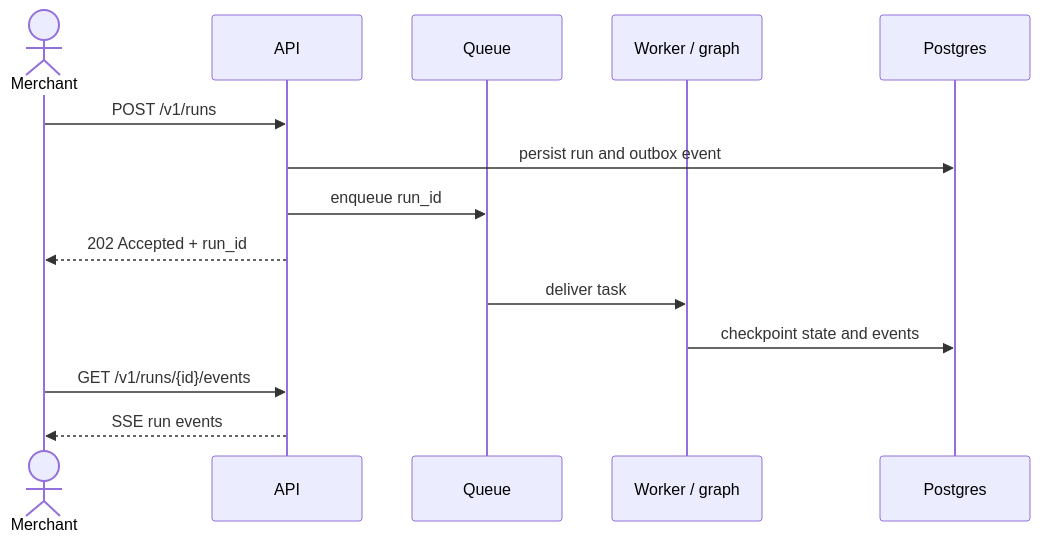
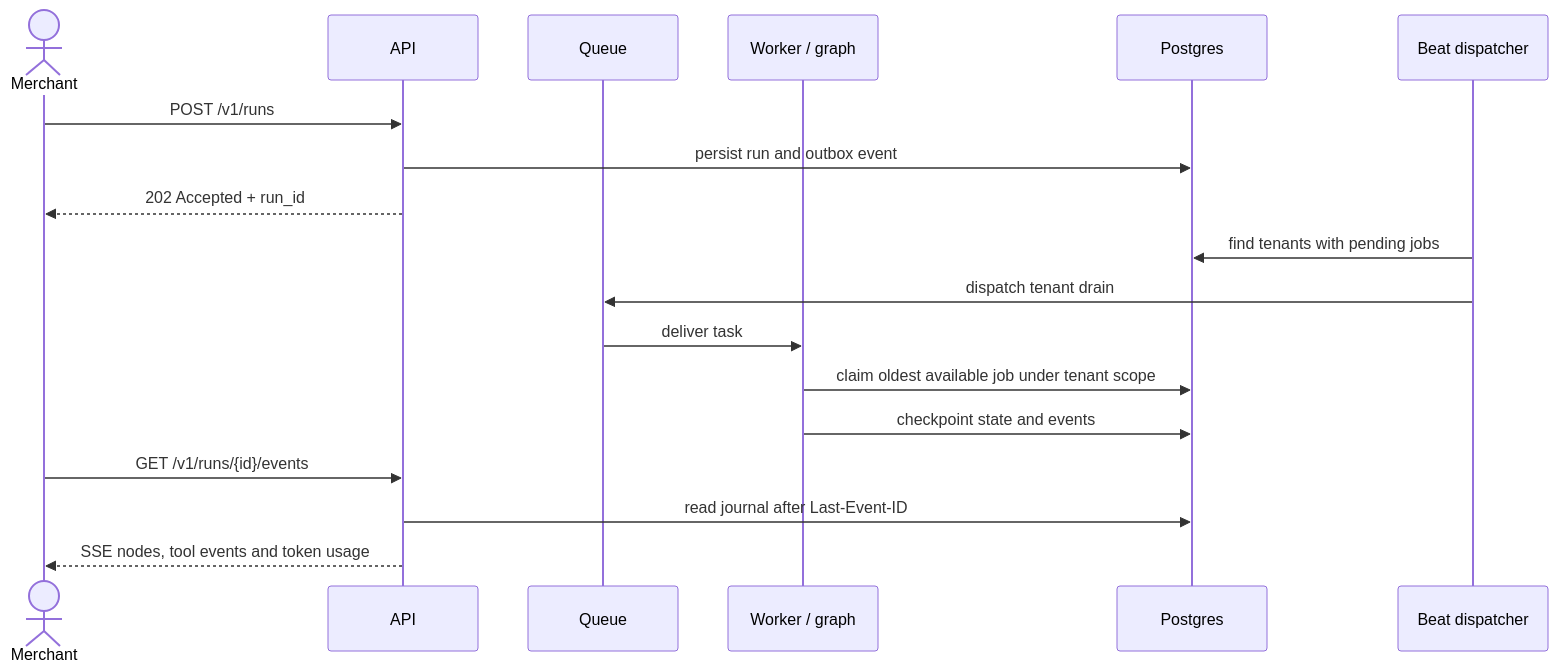
One commit to emmanuelmassawe/Multi-agent-e-commerce-platform changed the first of 8 diagrams in docs/architecture/05-sequences.md. Above: the diagram before and after it, drawn with Mermaid. The commit also changed other lines of this file and 12 other files, not shown here.

````diff
--- a/docs/architecture/05-sequences.md
+++ b/docs/architecture/05-sequences.md
@@ -5,16 +5,20 @@
 ```mermaid
 sequenceDiagram
   actor M as Merchant
   participant API
   participant Q as Queue
   participant W as Worker / graph
   participant DB as Postgres
   M->>API: POST /v1/runs
   API->>DB: persist run and outbox event
-  API->>Q: enqueue run_id
   API-->>M: 202 Accepted + run_id
+  participant B as Beat dispatcher
+  B->>DB: find tenants with pending jobs
+  B->>Q: dispatch tenant drain
   Q->>W: deliver task
+  W->>DB: claim oldest available job under tenant scope
   W->>DB: checkpoint state and events
   M->>API: GET /v1/runs/{id}/events
-  API-->>M: SSE run events
+  API->>DB: read journal after Last-Event-ID
+  API-->>M: SSE nodes, tool events and token usage
 ```
````
